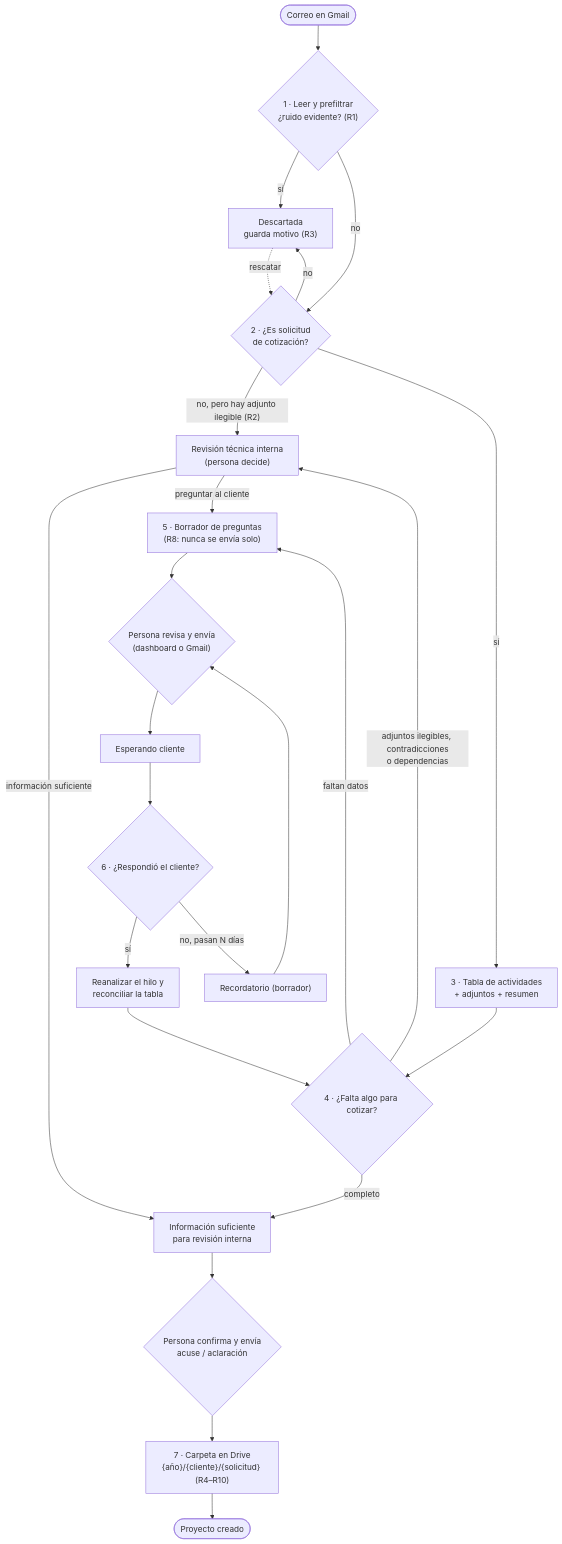
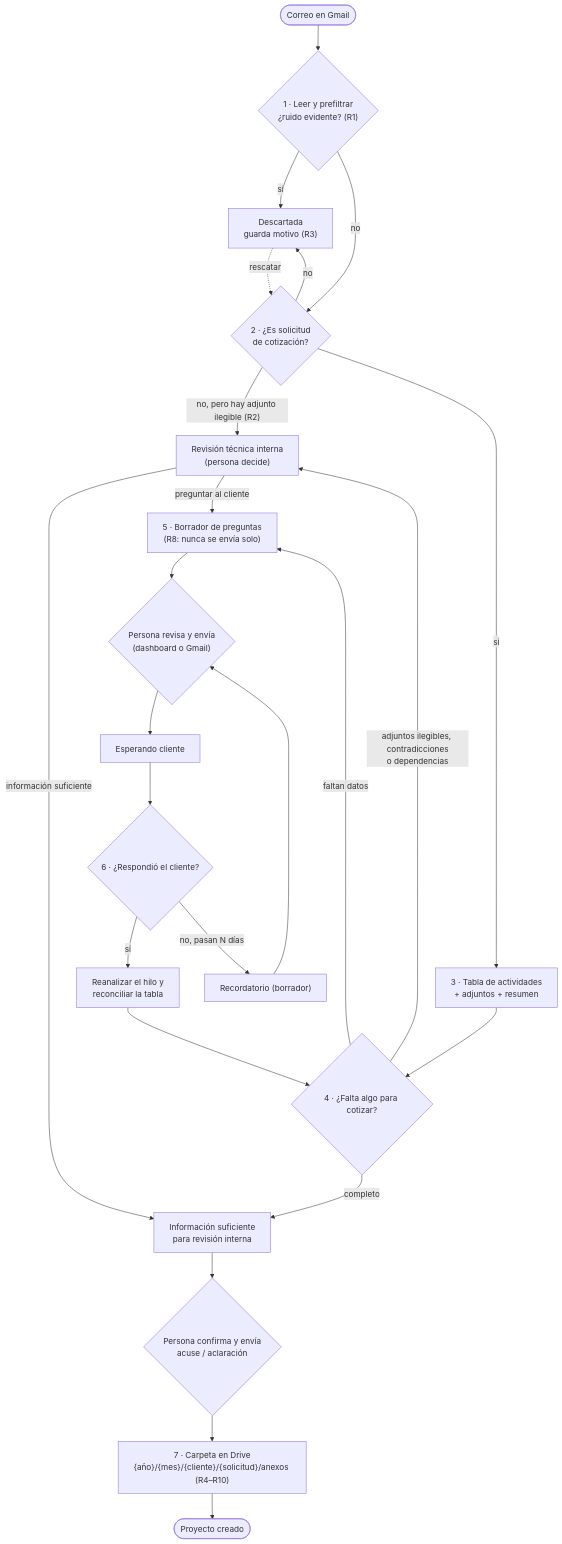
One commit to filosocode/automatizacionanka-correos changed the diagram in docs/FLUJO_FASE1.md. Above: the diagram before and after it, drawn with Mermaid. The commit also changed 162 other files, not shown here.

First line of the commit message:
feat: carpeta de Drive por año/mes/cliente (U-102), preguntas limpias y áreas sin falsos positivos

````diff
--- a/docs/FLUJO_FASE1.md
+++ b/docs/FLUJO_FASE1.md
@@ -9,26 +9,26 @@
 ```mermaid
 flowchart TD
     A([Correo en Gmail]) --> P1{"1 · Leer y prefiltrar<br/>¿ruido evidente? (R1)"}
     P1 -- sí --> X["Descartada<br/>guarda motivo (R3)"]
     X -. rescatar .-> P2
     P1 -- no --> P2{"2 · ¿Es solicitud<br/>de cotización?"}
     P2 -- no --> X
     P2 -- "no, pero hay adjunto ilegible (R2)" --> RT
     P2 -- sí --> T["3 · Tabla de actividades<br/>+ adjuntos + resumen"]
     T --> Q{"4 · ¿Falta algo para cotizar?"}
     Q -- "adjuntos ilegibles, contradicciones<br/>o dependencias" --> RT["Revisión técnica interna<br/>(persona decide)"]
     RT -- "información suficiente" --> OK
     RT -- "preguntar al cliente" --> D
     Q -- "faltan datos" --> D["5 · Borrador de preguntas<br/>(R8: nunca se envía solo)"]
     D --> S{"Persona revisa y envía<br/>(dashboard o Gmail)"}
     S --> W["Esperando cliente"]
     W --> RESP{"6 · ¿Respondió el cliente?"}
     RESP -- sí --> RE["Reanalizar el hilo y<br/>reconciliar la tabla"]
     RE --> Q
     RESP -- "no, pasan N días" --> REC["Recordatorio (borrador)"]
     REC --> S
     Q -- "completo" --> OK["Información suficiente<br/>para revisión interna"]
     OK --> S2{"Persona confirma y envía<br/>acuse / aclaración"}
-    S2 --> F["7 · Carpeta en Drive<br/>{año}/{cliente}/{solicitud} (R4–R10)"]
+    S2 --> F["7 · Carpeta en Drive<br/>{año}/{mes}/{cliente}/{solicitud}/anexos (R4–R10)"]
     F --> Z([Proyecto creado])
 ```
````
